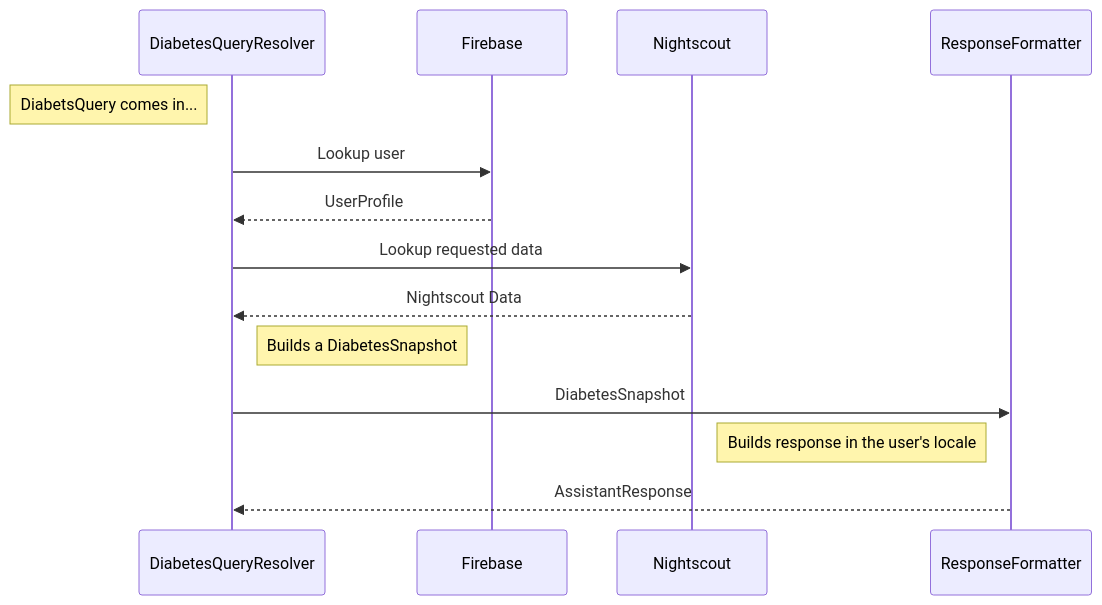
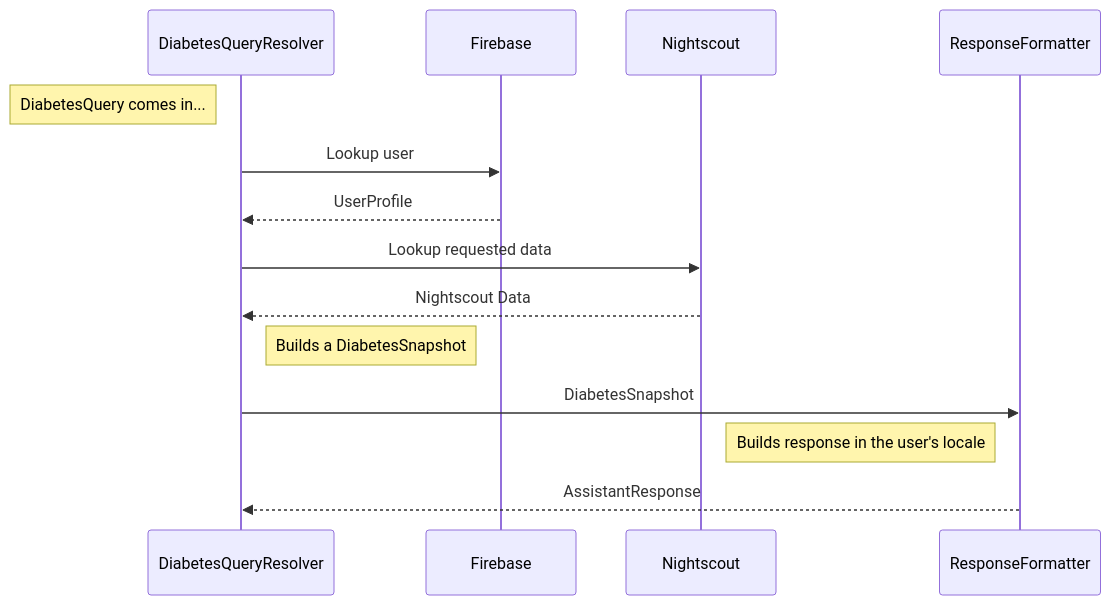
One commit to nielsmaerten/gluco-check changed the third of 3 diagrams in CONTRIBUTING.md. Above: the diagram before and after it, drawn with Mermaid. The commit also changed 5 other files, not shown here.

````diff
--- a/CONTRIBUTING.md
+++ b/CONTRIBUTING.md
@@ -119,12 +119,12 @@
 ```mermaid
 sequenceDiagram
-Note left of DiabetesQueryResolver: DiabetsQuery comes in...
+Note left of DiabetesQueryResolver: DiabetesQuery comes in...
 DiabetesQueryResolver->>Firebase: Lookup user
 Firebase-->>DiabetesQueryResolver: UserProfile
 DiabetesQueryResolver->>Nightscout: Lookup requested data
 Nightscout-->>DiabetesQueryResolver: Nightscout Data
 Note right of DiabetesQueryResolver: Builds a DiabetesSnapshot
 DiabetesQueryResolver->>ResponseFormatter: DiabetesSnapshot
 Note left of ResponseFormatter: Builds response in the user's locale
 ResponseFormatter-->>DiabetesQueryResolver: AssistantResponse
 ```
````
